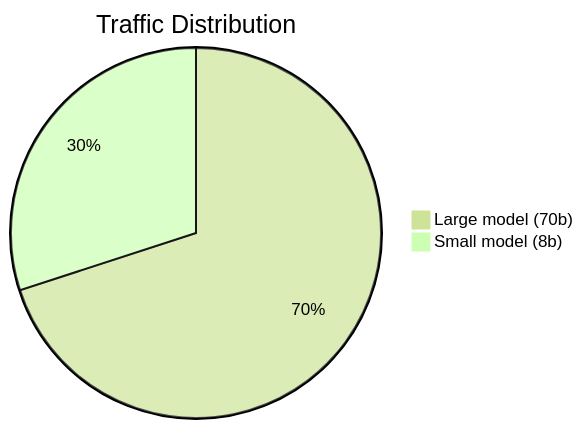
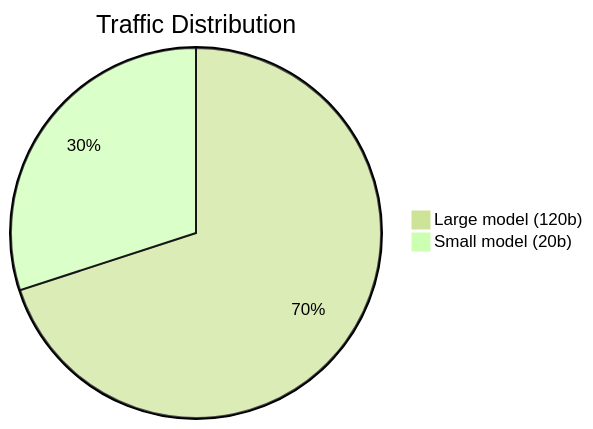
Before and after one commit to Ashokultraai/enterprise-rag-with-gcp: the sixth of 11 diagrams in DOCS/16_LLM_GATEWAY.md, drawn with Mermaid (forest theme). The commit also changed other lines of this file and 3 other files, not shown here.

First line of the commit message:
docs: sweep roadmap docs (15-18) to Groq gpt-oss model names

````diff
--- a/DOCS/16_LLM_GATEWAY.md
+++ b/DOCS/16_LLM_GATEWAY.md
@@ -262,5 +262,5 @@
 ```mermaid
 pie title Traffic Distribution
-    "Large model (70b)" : 70
-    "Small model (8b)" : 30
+    "Large model (120b)" : 70
+    "Small model (20b)" : 30
 ```
````
